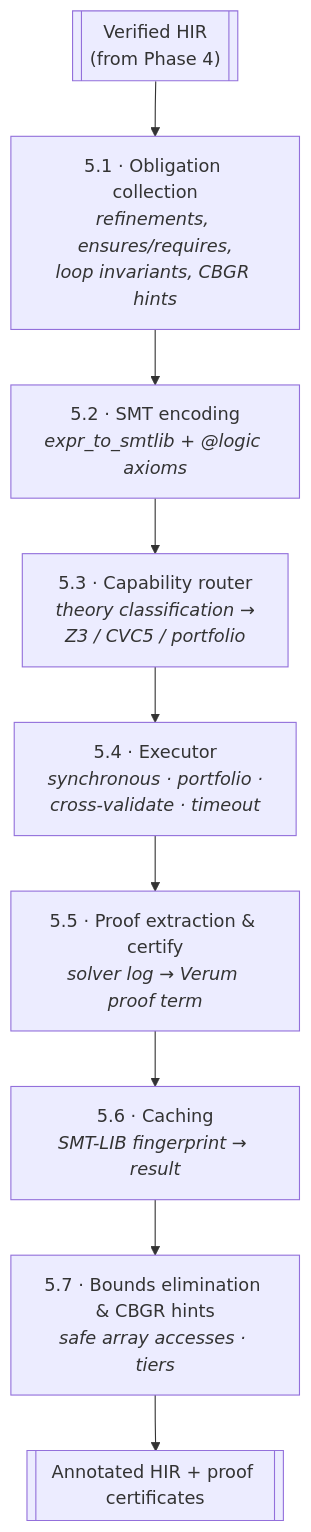
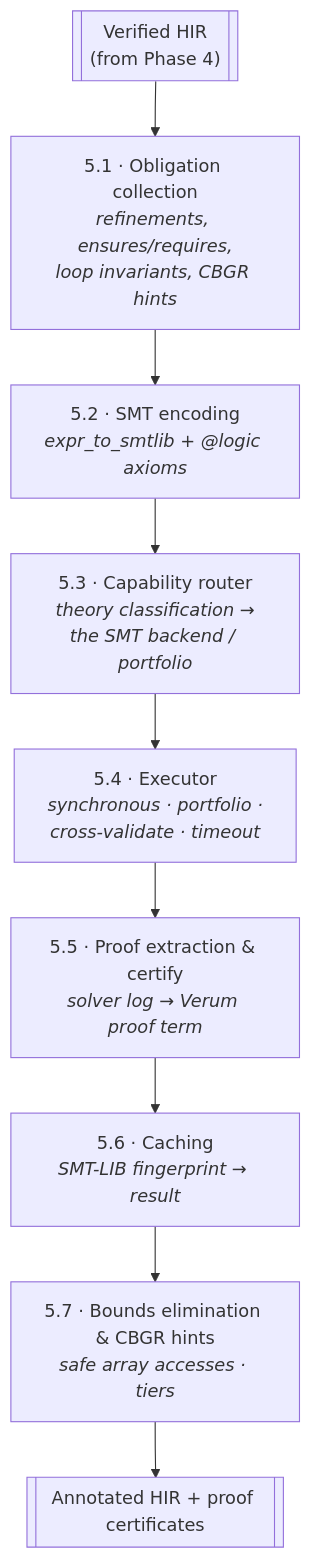
Before and after one commit to verum-lang/website: the diagram in docs/architecture/verification-pipeline.md, drawn with Mermaid. The commit also changed other lines of this file and 32 other files, not shown here.

````diff
--- a/docs/architecture/verification-pipeline.md
+++ b/docs/architecture/verification-pipeline.md
@@ -41,14 +49,14 @@
 ```mermaid
 flowchart TD
     IN[["Verified HIR<br/>(from Phase 4)"]]
     S1["5.1 · Obligation collection<br/><i>refinements, ensures/requires,<br/>loop invariants, CBGR hints</i>"]
     S2["5.2 · SMT encoding<br/><i>expr_to_smtlib + @logic axioms</i>"]
-    S3["5.3 · Capability router<br/><i>theory classification →<br/>Z3 / CVC5 / portfolio</i>"]
+    S3["5.3 · Capability router<br/><i>theory classification →<br/>the SMT backend / portfolio</i>"]
     S4["5.4 · Executor<br/><i>synchronous · portfolio ·<br/>cross-validate · timeout</i>"]
     S5["5.5 · Proof extraction & certify<br/><i>solver log → Verum proof term</i>"]
     S6["5.6 · Caching<br/><i>SMT-LIB fingerprint → result</i>"]
     S7["5.7 · Bounds elimination & CBGR hints<br/><i>safe array accesses · tiers</i>"]
     OUT[["Annotated HIR + proof certificates"]]
 
     IN --> S1 --> S2 --> S3 --> S4 --> S5 --> S6 --> S7 --> OUT
 ```
````
